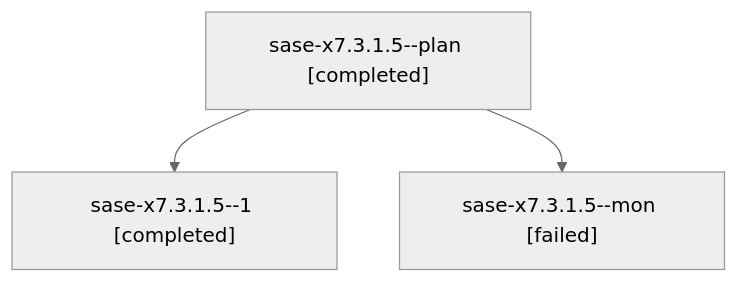
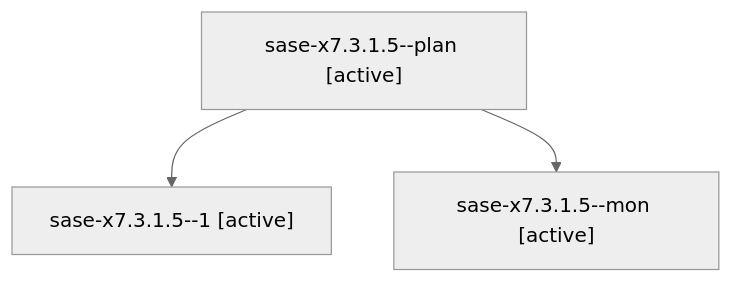
The diagram in families/bbugyi200.athena.sase-x7.3.1.5.md (sase-org/sase--agents), drawn with Mermaid (neutral theme) before and after one commit. The commit also changed other lines of this file and 35830 other files, not shown here.

````diff
--- a/families/bbugyi200.athena.sase-x7.3.1.5.md
+++ b/families/bbugyi200.athena.sase-x7.3.1.5.md
@@ -9,8 +9,8 @@
 ```mermaid
 flowchart TD
-  n0["sase-x7.3.1.5--plan [completed]"]
-  n1["sase-x7.3.1.5--1 [completed]"]
+  n0["sase-x7.3.1.5--plan [active]"]
+  n1["sase-x7.3.1.5--1 [active]"]
   n0 --> n1
-  n2["sase-x7.3.1.5--mon [failed]"]
+  n2["sase-x7.3.1.5--mon [active]"]
   n0 --> n2
 ```
````
